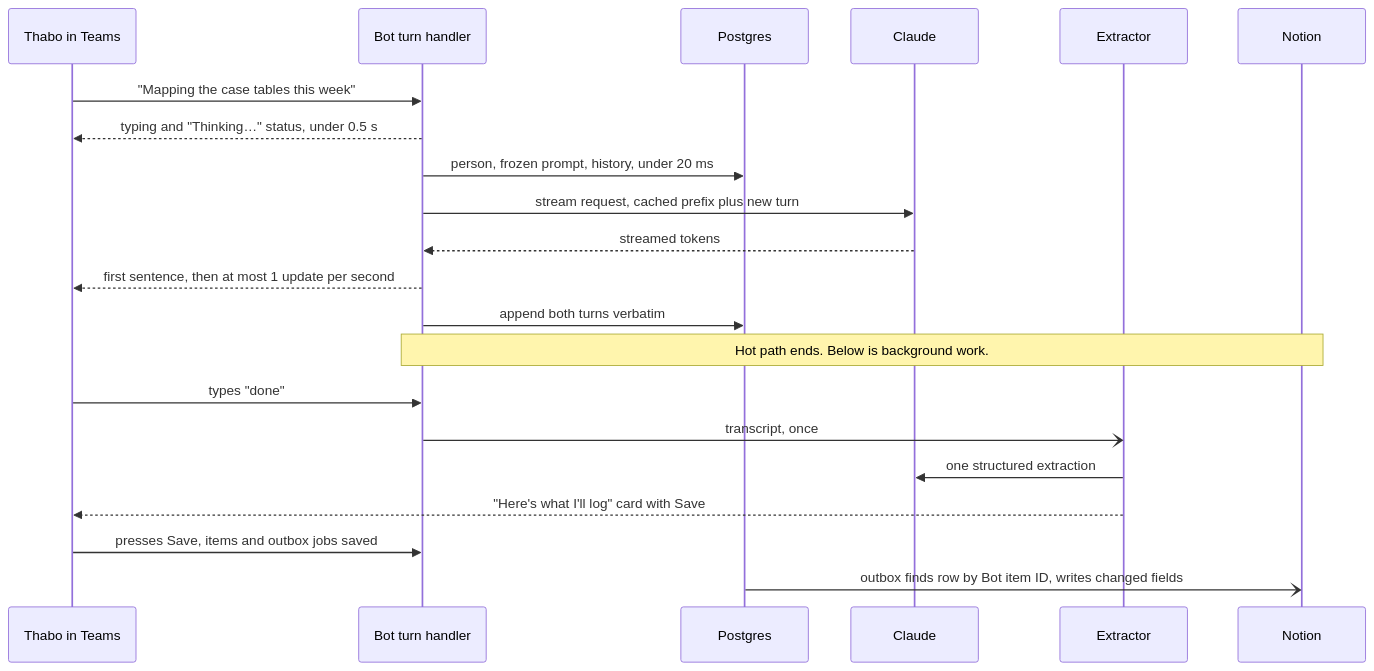
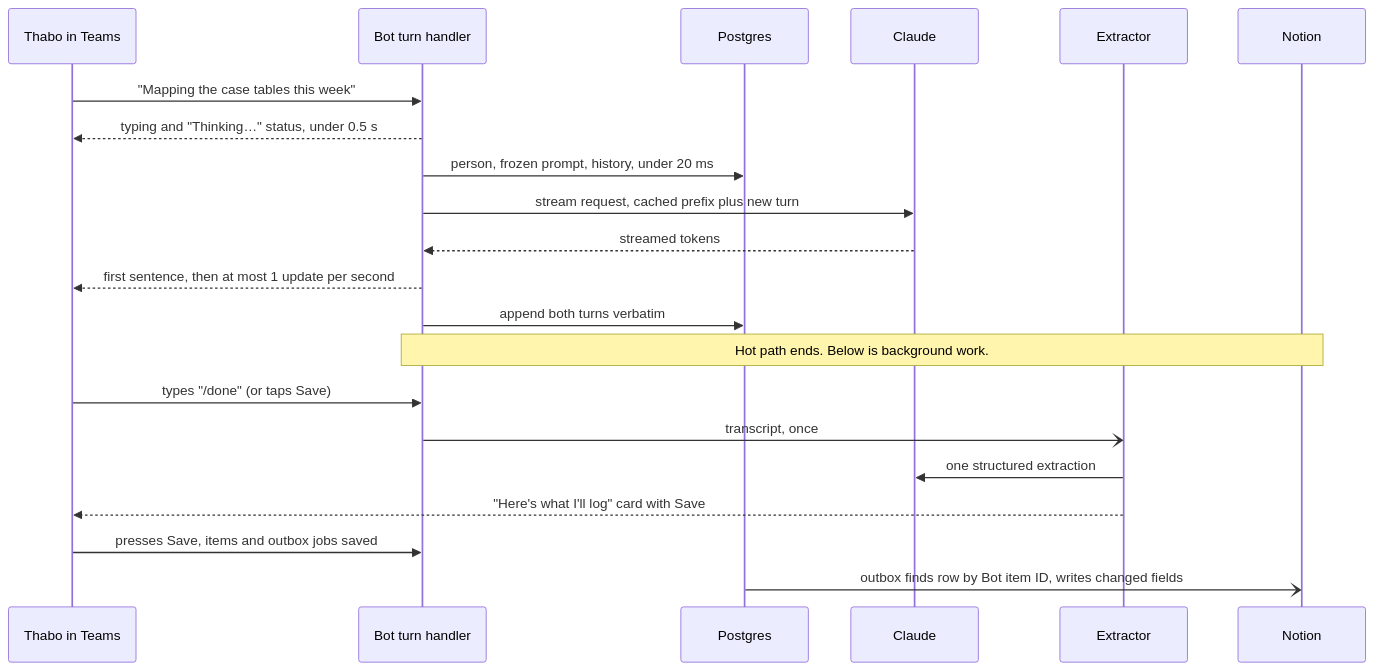
One commit to bedwards85/team-plannig-bot changed the second of 2 diagrams in docs/design.md. Above: the diagram before and after it, drawn with Mermaid. The commit also changed other lines of this file and 21 other files, not shown here.

````diff
--- a/docs/design.md
+++ b/docs/design.md
@@ -40,23 +40,23 @@
 ```mermaid
 sequenceDiagram
   participant P as Thabo in Teams
   participant B as Bot turn handler
   participant D as Postgres
   participant C as Claude
   participant X as Extractor
   participant N as Notion
   P->>B: "Mapping the case tables this week"
   B-->>P: typing and "Thinking…" status, under 0.5 s
   B->>D: person, frozen prompt, history, under 20 ms
   B->>C: stream request, cached prefix plus new turn
   C-->>B: streamed tokens
   B-->>P: first sentence, then at most 1 update per second
   B->>D: append both turns verbatim
   Note over B,N: Hot path ends. Below is background work.
-  P->>B: types "done"
+  P->>B: types "/done" (or taps Save)
   B-)X: transcript, once
   X->>C: one structured extraction
   X-->>P: "Here's what I'll log" card with Save
   P->>B: presses Save, items and outbox jobs saved
   D-)N: outbox finds row by Bot item ID, writes changed fields
 ```
````
